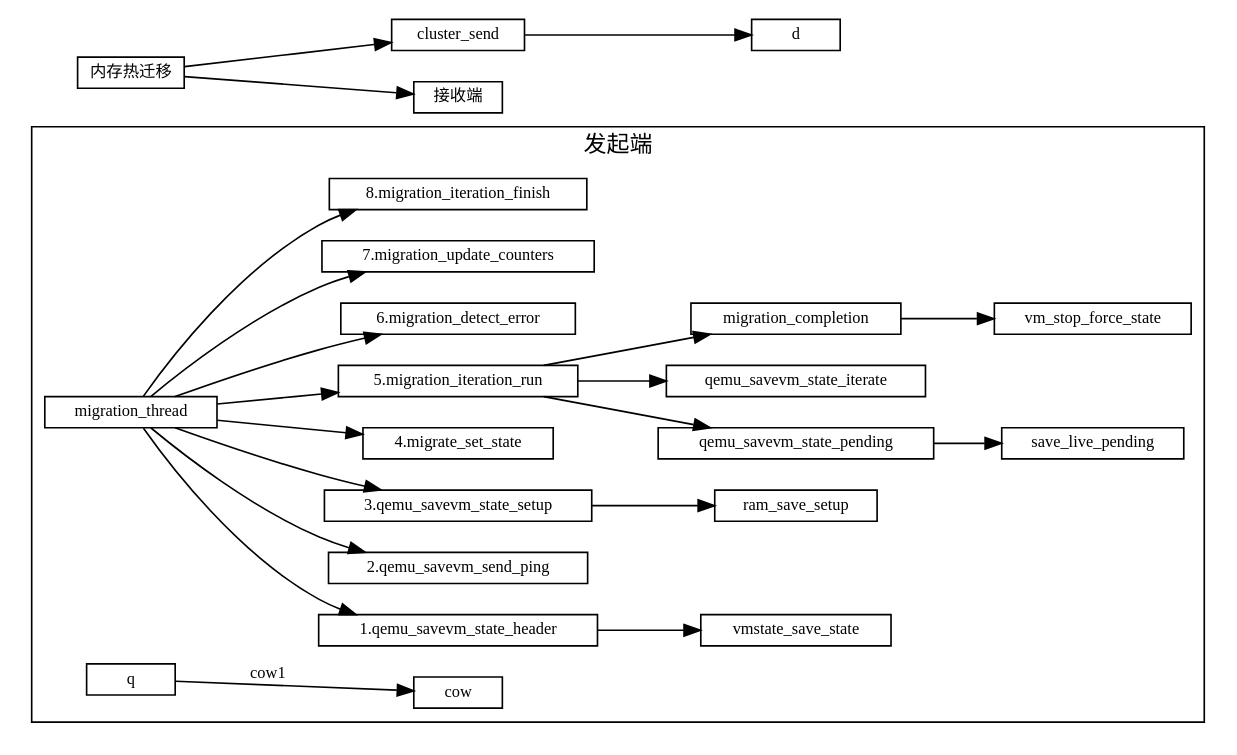
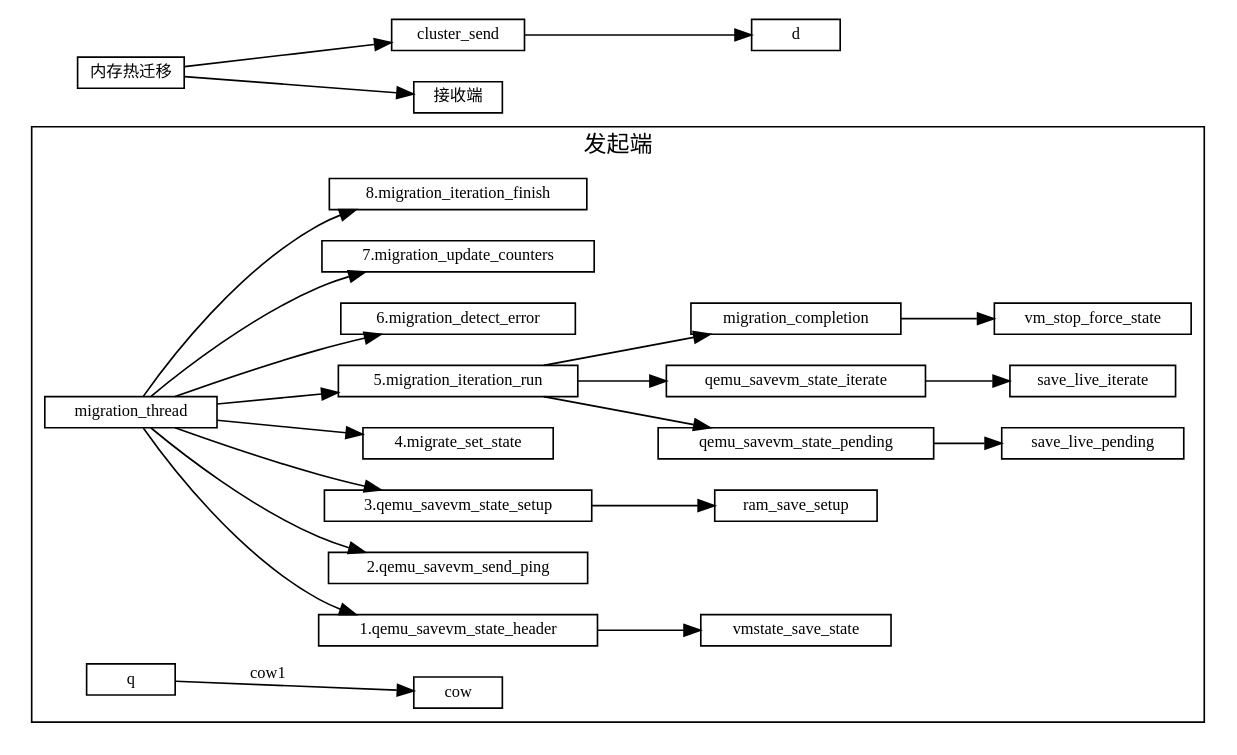
One commit to sisyphus1212/note changed the diagram in 虚拟化/热迁移/1-内存热迁移.md. Above: the diagram before and after it, drawn with Graphviz.

Commit message:
auto_update

````diff
--- a/虚拟化/热迁移/1-内存热迁移.md
+++ b/虚拟化/热迁移/1-内存热迁移.md
@@ -11,51 +11,52 @@
 ```graphviz
 digraph {
 fontname="Helvetica,Arial,sans-serif"
 //node [fontname="Helvetica,Arial,sans-serif"]
 //edge [fontname="Helvetica,Arial,sans-serif"]
 rankdir="LR"
 node [fontsize=10, shape=record, height=0.25]
 edge [fontsize=10]
   subgraph send {
     cluster=true;
     label="发起端";
     qemu_savevm_state_header[label="1.qemu_savevm_state_header"];
     qemu_savevm_send_ping[label="2.qemu_savevm_send_ping"];
     qemu_savevm_state_setup[label="3.qemu_savevm_state_setup"];
     migrate_set_state[label="4.migrate_set_state"];
     migration_iteration_run[label="5.migration_iteration_run"];
 
     migration_detect_error[label="6.migration_detect_error"];
     migration_update_counters[label="7.migration_update_counters"];
     migration_iteration_finish[label="8.migration_iteration_finish"];
 
     migration_thread -> qemu_savevm_state_header
                      -> vmstate_save_state;
     migration_thread -> qemu_savevm_send_ping;
     migration_thread -> qemu_savevm_state_setup
                      -> ram_save_setup;
     migration_thread -> migrate_set_state;
     migration_thread ->
          migration_iteration_run->qemu_savevm_state_pending
                                 ->save_live_pending;
-         migration_iteration_run->qemu_savevm_state_iterate;
+         migration_iteration_run->qemu_savevm_state_iterate
+                                ->save_live_iterate;
          migration_iteration_run->migration_completion
                                 ->vm_stop_force_state;
 
 
     migration_thread -> migration_detect_error
     migration_thread -> migration_update_counters
     migration_thread -> migration_iteration_finish
 
 
 
     q -> cow[label="cow1"];
   }
 
 内存热迁移 [label="内存热迁移"]
 内存热迁移 -> cluster_send
            -> d
 
 内存热迁移 -> 接收端
 }
 ```
````
